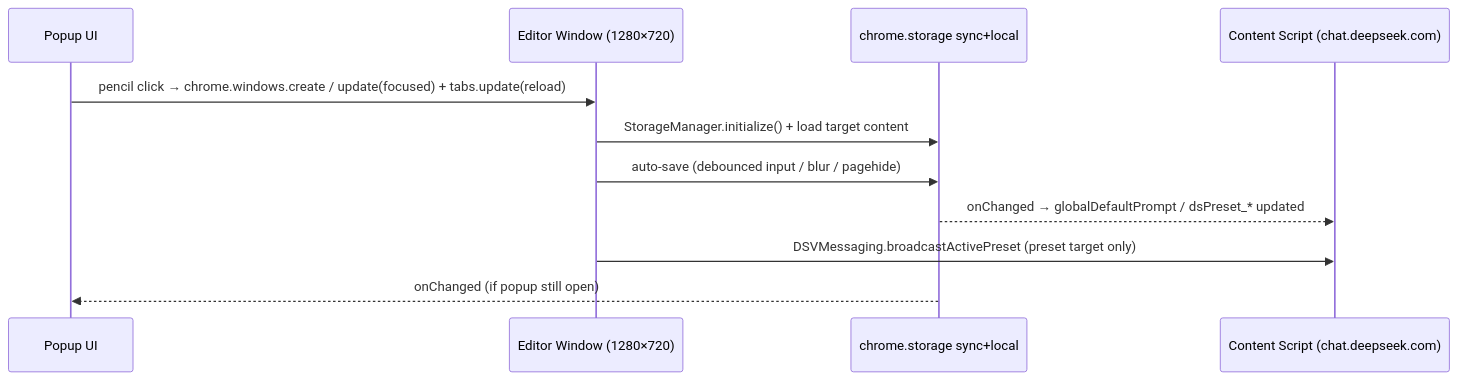
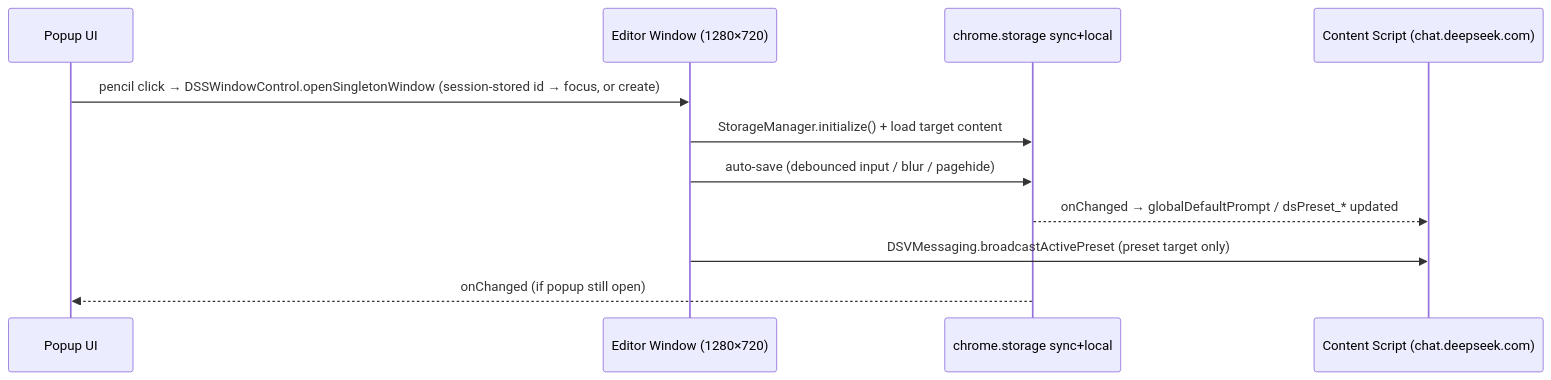
The diagram in docs/architecture/POPUP.md (sov1n14/ds-studio), drawn with Mermaid before and after one commit. The commit also changed other lines of this file and 12 other files, not shown here.

````diff
--- a/docs/architecture/POPUP.md
+++ b/docs/architecture/POPUP.md
@@ -301,14 +318,14 @@
 ```mermaid
 sequenceDiagram
     participant Popup as Popup UI
     participant Editor as Editor Window (1280×720)
     participant Storage as chrome.storage sync+local
     participant Content as Content Script (chat.deepseek.com)
 
-    Popup->>Editor: pencil click → chrome.windows.create / update(focused) + tabs.update(reload)
+    Popup->>Editor: pencil click → DSSWindowControl.openSingletonWindow (session-stored id → focus, or create)
     Editor->>Storage: StorageManager.initialize() + load target content
     Editor->>Storage: auto-save (debounced input / blur / pagehide)
     Storage-->>Content: onChanged → globalDefaultPrompt / dsPreset_* updated
     Editor->>Content: DSVMessaging.broadcastActivePreset (preset target only)
     Storage-->>Popup: onChanged (if popup still open)
 ```
````
